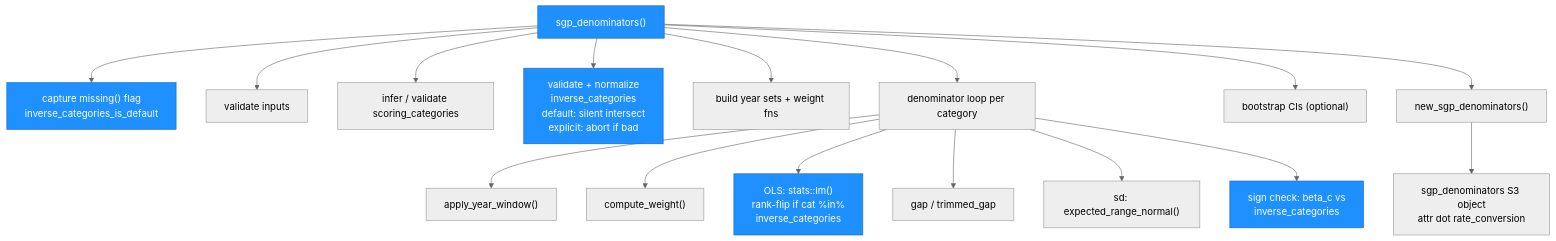
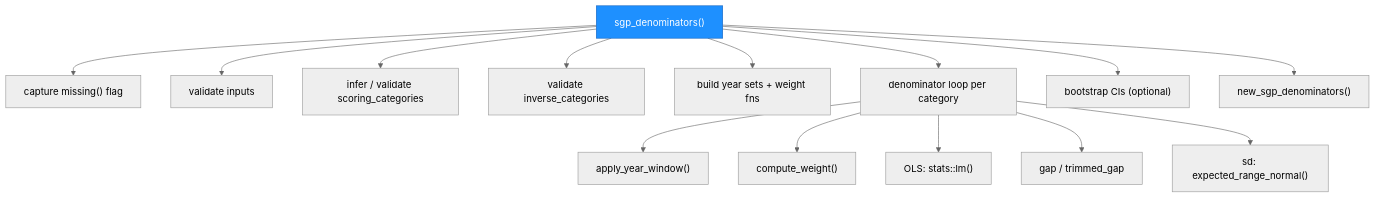
One commit to JDenn0514/rotostats changed the third of 4 diagrams in ARCHITECTURE.md. Above: the diagram before and after it, drawn with Mermaid. The commit also changed other lines of this file, not shown here.

First line of the commit message:
docs(replacement): add R6 state-hash detector to ARCHITECTURE + run log

````diff
--- a/ARCHITECTURE.md
+++ b/ARCHITECTURE.md
@@ -184,27 +163,20 @@
 ```mermaid
 %%{init: {'theme': 'neutral'}}%%
 graph TD
-    SD["sgp_denominators()"] --> SD0["capture missing() flag\ninverse_categories_is_default"]
+    SD["sgp_denominators()"] --> SD0["capture missing() flag"]
     SD --> SD1["validate inputs"]
     SD --> SD2["infer / validate scoring_categories"]
-    SD --> SDV["validate + normalize\ninverse_categories\ndefault: silent intersect\nexplicit: abort if bad"]
+    SD --> SDV["validate inverse_categories"]
     SD --> SD3["build year sets + weight fns"]
     SD --> SD4["denominator loop per category"]
     SD --> SD5["bootstrap CIs (optional)"]
     SD --> SD6["new_sgp_denominators()"]
 
     SD4 --> SD4a["apply_year_window()"]
     SD4 --> SD4b["compute_weight()"]
-    SD4 --> SD4c["OLS: stats::lm()\nrank-flip if cat %in%\ninverse_categories"]
+    SD4 --> SD4c["OLS: stats::lm()"]
     SD4 --> SD4d["gap / trimmed_gap"]
     SD4 --> SD4e["sd: expected_range_normal()"]
-    SD4 --> SD4f["sign check: beta_c vs\ninverse_categories"]
-
-    SD6 --> S3["sgp_denominators S3 object\nattr dot rate_conversion"]
 
     style SD fill:#1e90ff,stroke:#1565c0,color:#fff
-    style SD0 fill:#1e90ff,stroke:#1565c0,color:#fff
-    style SDV fill:#1e90ff,stroke:#1565c0,color:#fff
-    style SD4c fill:#1e90ff,stroke:#1565c0,color:#fff
-    style SD4f fill:#1e90ff,stroke:#1565c0,color:#fff
 ```
````
